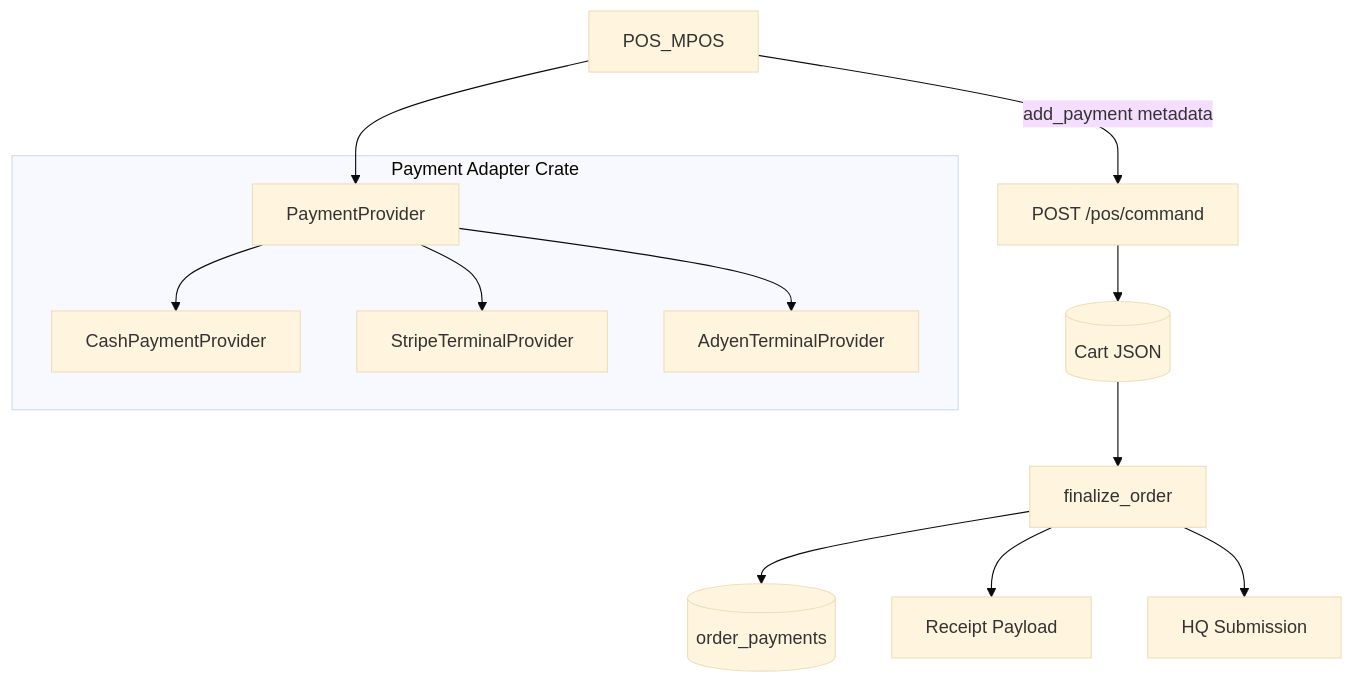
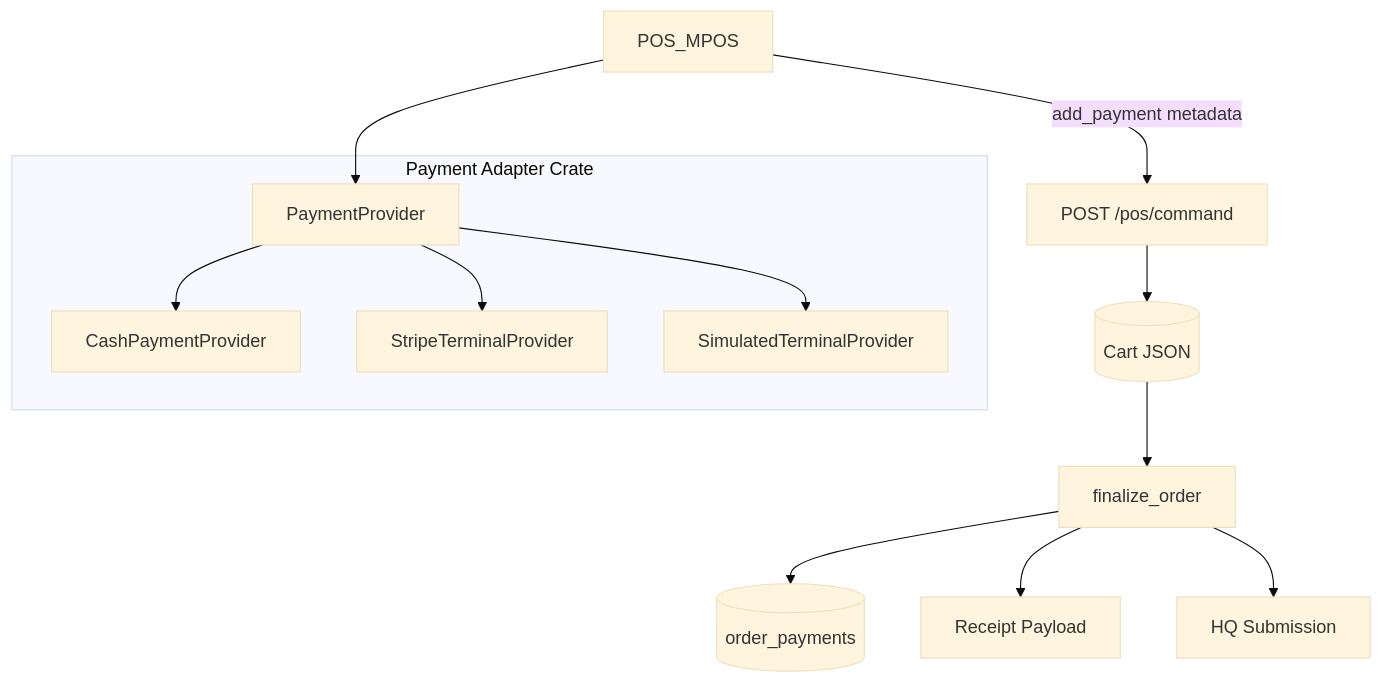
One commit to AncientiCe/apex-edge changed diagram 24 of 43 in docs/architecture/README.md. Above: the diagram before and after it, drawn with Mermaid (base theme). The commit also changed other lines of this file and 3 other files, not shown here.

Commit message:
Bring README, architecture and failover runbook in line with the code

````diff
--- a/docs/architecture/README.md
+++ b/docs/architecture/README.md
@@ -845,21 +845,21 @@
 ```mermaid
 flowchart TB
     POS[POS_MPOS] -->|"add_payment metadata"| PosCommand[POST /pos/command]
     PosCommand --> CartJson[(Cart JSON)]
     CartJson --> Finalize[finalize_order]
     Finalize --> Ledger[(order_payments)]
     Finalize --> Receipt[Receipt Payload]
     Finalize --> HQ[HQ Submission]
 
     subgraph paymentAdapters [Payment Adapter Crate]
         Trait[PaymentProvider]
         Cash[CashPaymentProvider]
         Stripe[StripeTerminalProvider]
-        Adyen[AdyenTerminalProvider]
+        Simulated[SimulatedTerminalProvider]
     end
 
     Trait --> Cash
     Trait --> Stripe
-    Trait --> Adyen
+    Trait --> Simulated
     POS --> Trait
 ```
````
